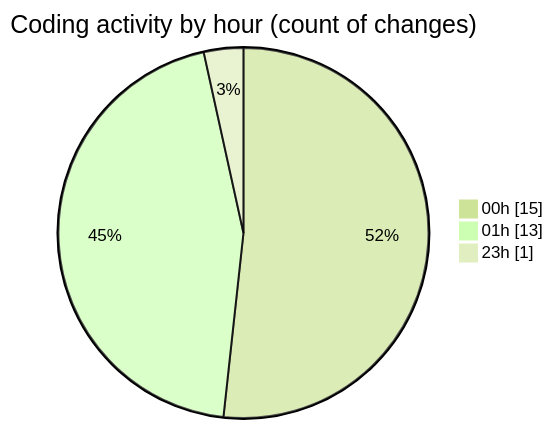
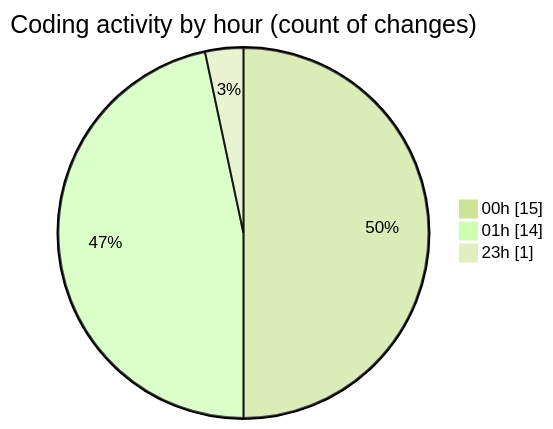
Before and after one commit to lephambinh05/code-tracking: the second of 2 diagrams in 2025-08-04/studybuddy/README.md, drawn with Mermaid (forest theme). The commit also changed other lines of this file and 1 other file, not shown here.

````diff
--- a/2025-08-04/studybuddy/README.md
+++ b/2025-08-04/studybuddy/README.md
@@ -36,7 +36,7 @@
 ```mermaid
 pie showData
 title Coding activity by hour (count of changes)
 "00h" : 15
-"01h" : 13
+"01h" : 14
 "23h" : 1
 ```
````
